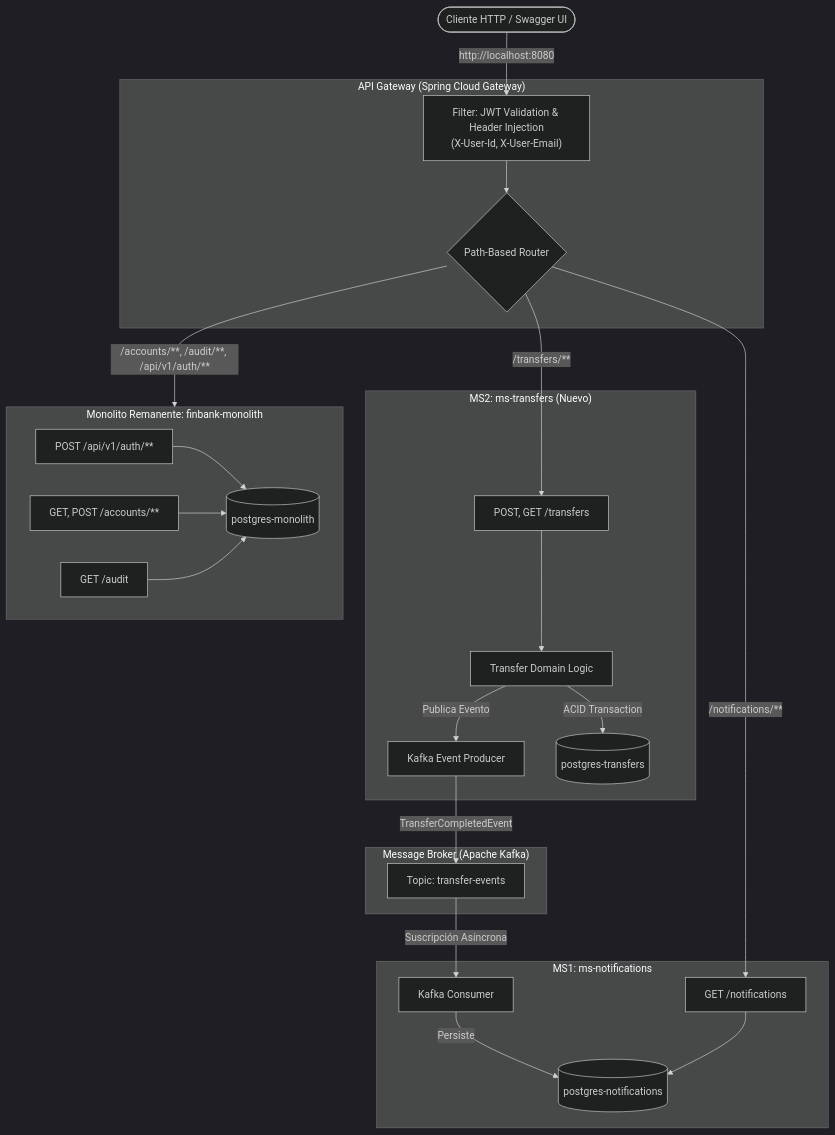
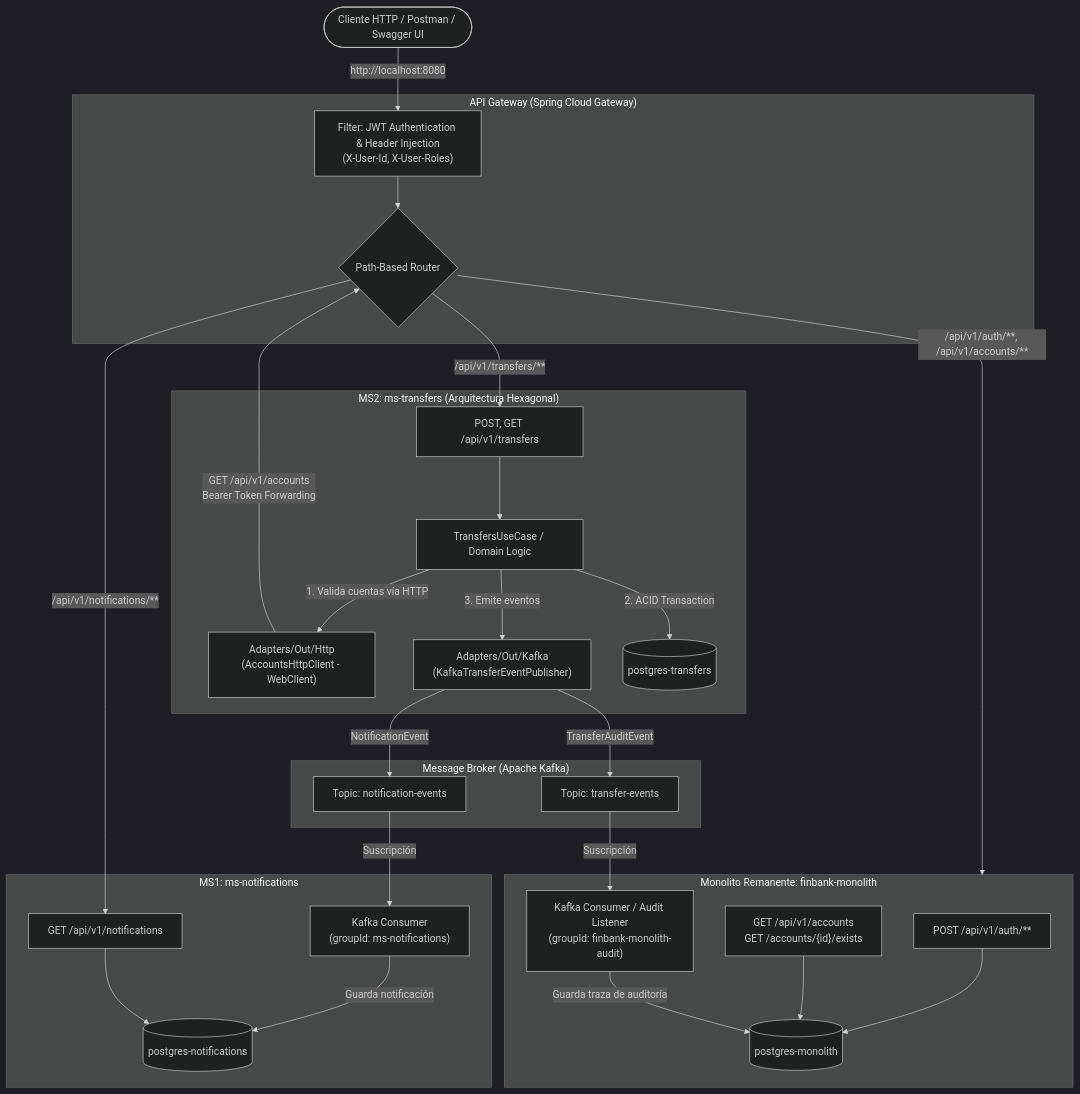
Before and after one commit to kev-torrico/fintech-core-modernization: the third of 4 diagrams in finbank-monolith/README.md, drawn with Mermaid (dark theme). The commit also changed other lines of this file, not shown here.

Commit message:
feat: Update README.md to enhance architecture diagrams and clarify microservices interactions

````diff
--- a/finbank-monolith/README.md
+++ b/finbank-monolith/README.md
@@ -131,62 +114,70 @@
 ```mermaid
 graph TD
-    Client([Cliente HTTP / Swagger UI])
+    Client([Cliente HTTP / Postman / Swagger UI])
 
     %% API Gateway
     subgraph APIGateway ["API Gateway (Spring Cloud Gateway)"]
-        GW_Auth["Filter: JWT Validation & Header Injection\n(X-User-Id, X-User-Email)"]
+        GW_Auth["Filter: JWT Authentication & Header Injection<br/>(X-User-Id, X-User-Roles)"]
         GW_Router{Path-Based Router}
     end
 
     Client -->|http://localhost:8080| GW_Auth
     GW_Auth --> GW_Router
 
-    %% Broker de Mensajería
+    %% Broker de Mensajería Kafka
     subgraph MessageBroker ["Message Broker (Apache Kafka)"]
-        TopicTransfers["Topic: transfer-events"]
+        TopicNotif["Topic: notification-events"]
+        TopicAudit["Topic: transfer-events"]
     end
 
     %% MS1: Microservicio de Notificaciones
     subgraph MS1 ["MS1: ms-notifications"]
-        NotifConsumer["Kafka Consumer"]
-        NotifAPI["GET /notifications"]
+        NotifConsumer["Kafka Consumer<br/>(groupId: ms-notifications)"]
+        NotifAPI["GET /api/v1/notifications"]
         NotifDB[(postgres-notifications)]
 
-        NotifConsumer -->|Persiste| NotifDB
+        NotifConsumer -->|Guarda notificación| NotifDB
         NotifAPI --> NotifDB
     end
 
     %% MS2: Microservicio de Transferencias
-    subgraph MS2 ["MS2: ms-transfers (Nuevo)"]
-        TransfAPI["POST, GET /transfers"]
-        TransfService[Transfer Domain Logic]
-        KafkaProducer[Kafka Event Producer]
+    subgraph MS2 ["MS2: ms-transfers (Arquitectura Hexagonal)"]
+        TransfAPI["POST, GET /api/v1/transfers"]
+        TransfUseCase[TransfersUseCase / Domain Logic]
+        AccountsHttpClient["Adapters/Out/Http<br/>(AccountsHttpClient - WebClient)"]
+        KafkaProducer["Adapters/Out/Kafka<br/>(KafkaTransferEventPublisher)"]
         TransfDB[(postgres-transfers)]
 
-        TransfAPI --> TransfService
-        TransfService -->|ACID Transaction| TransfDB
-        TransfService -->|Publica Evento| KafkaProducer
+        TransfAPI --> TransfUseCase
+        TransfUseCase -->|1. Valida cuentas vía HTTP| AccountsHttpClient
+        TransfUseCase -->|2. ACID Transaction| TransfDB
+        TransfUseCase -->|3. Emite eventos| KafkaProducer
     end
 
     %% Monolito Remanente
     subgraph Monolith ["Monolito Remanente: finbank-monolith"]
         AuthAPI["POST /api/v1/auth/**"]
-        AccAPI["GET, POST /accounts/**"]
-        AuditAPI["GET /audit"]
-
+        AccAPI["GET /api/v1/accounts<br/>GET /accounts/{id}/exists"]
+        AuditListener["Kafka Consumer / Audit Listener<br/>(groupId: finbank-monolith-audit)"]
         MonolithDB[(postgres-monolith)]
 
         AuthAPI --> MonolithDB
         AccAPI --> MonolithDB
-        AuditAPI --> MonolithDB
+        AuditListener -->|Guarda traza de auditoría| MonolithDB
     end
 
     %% Enrutamiento HTTP desde el Gateway
-    GW_Router -->|/notifications/**| NotifAPI
-    GW_Router -->|/transfers/**| TransfAPI
-    GW_Router -->|/accounts/**, /audit/**, /api/v1/auth/**| Monolith
+    GW_Router -->|/api/v1/notifications/**| NotifAPI
+    GW_Router -->|/api/v1/transfers/**| TransfAPI
+    GW_Router -->|/api/v1/auth/**, /api/v1/accounts/**| Monolith
 
-    %% Comunicación Asíncrona entre Microservicios
-    KafkaProducer -->|TransferCompletedEvent| TopicTransfers
-    TopicTransfers -->|Suscripción Asíncrona| NotifConsumer
+    %% Integración HTTP Síncrona (Validación de Cuentas)
+    AccountsHttpClient -->|GET /api/v1/accounts<br/>Bearer Token Forwarding| GW_Router
+
+    %% Integración Asíncrona (Event-Driven Architecture)
+    KafkaProducer -->|NotificationEvent| TopicNotif
+    KafkaProducer -->|TransferAuditEvent| TopicAudit
+
+    TopicNotif -->|Suscripción| NotifConsumer
+    TopicAudit -->|Suscripción| AuditListener
 ```
````
